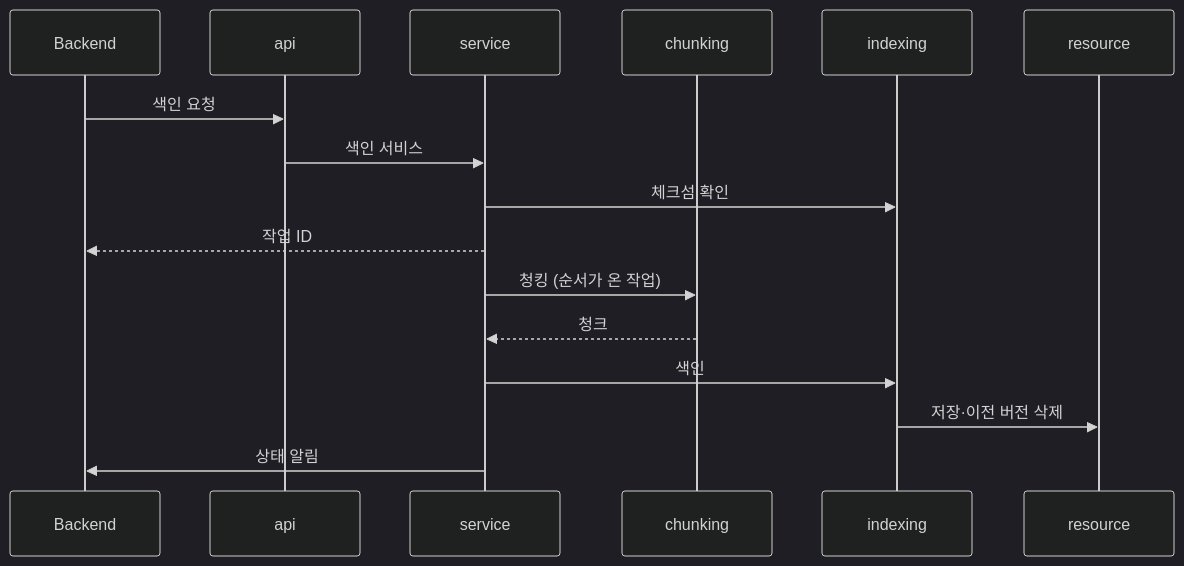
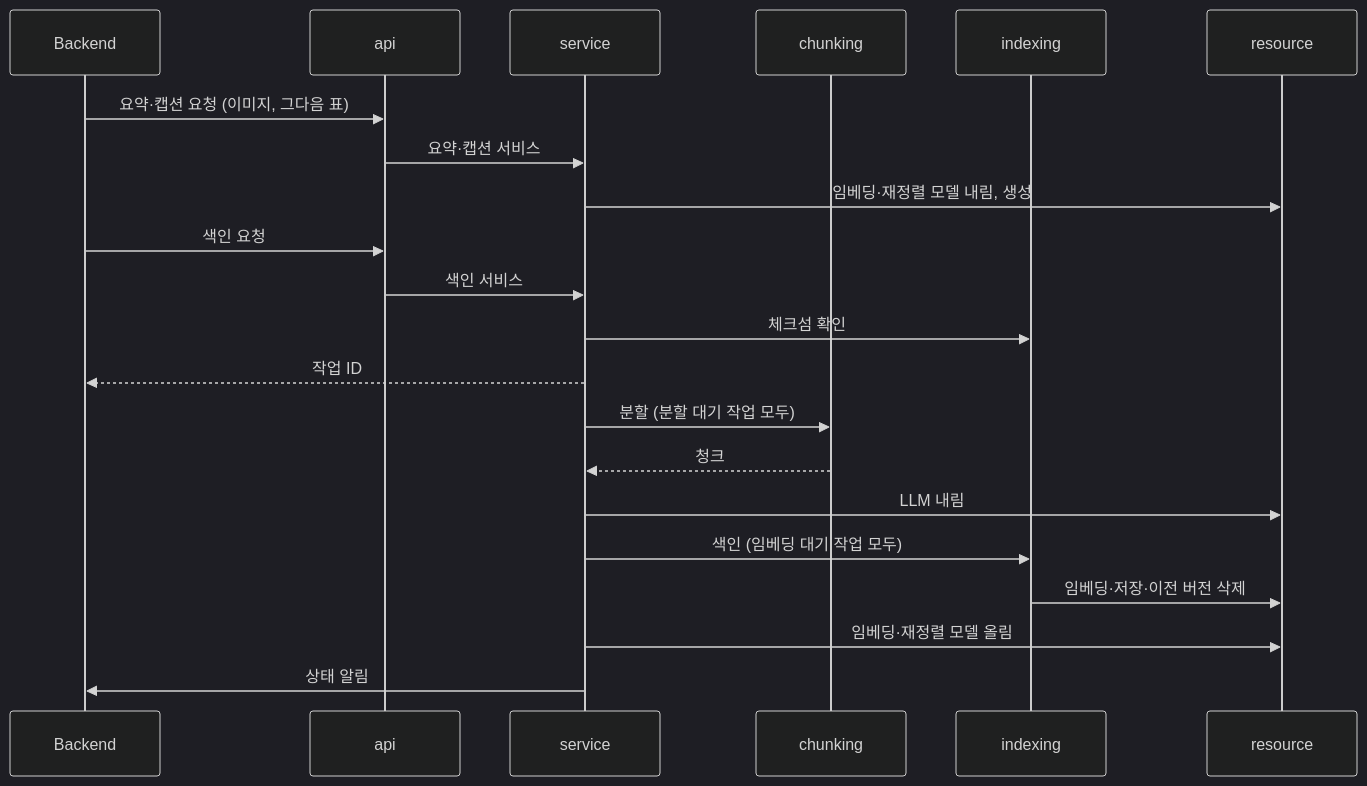
Before and after one commit to victor7-aquila/minerva: the third of 4 diagrams in apps/rag-server/ARCHITECT.md, drawn with Mermaid (dark theme). The commit also changed other lines of this file and 112 other files, not shown here.

````diff
--- a/apps/rag-server/ARCHITECT.md
+++ b/apps/rag-server/ARCHITECT.md
@@ -136,18 +138,23 @@
 ```mermaid
 sequenceDiagram
     participant BE as Backend
     participant API as api
     participant SV as service
     participant C as chunking
     participant I as indexing
     participant R as resource
+    BE->>API: 요약·캡션 요청 (이미지, 그다음 표)
+    API->>SV: 요약·캡션 서비스
+    SV->>R: 임베딩·재정렬 모델 내림, 생성
     BE->>API: 색인 요청
     API->>SV: 색인 서비스
     SV->>I: 체크섬 확인
     SV-->>BE: 작업 ID
-    SV->>C: 청킹 (순서가 온 작업)
+    SV->>C: 분할 (분할 대기 작업 모두)
     C-->>SV: 청크
-    SV->>I: 색인
-    I->>R: 저장·이전 버전 삭제
+    SV->>R: LLM 내림
+    SV->>I: 색인 (임베딩 대기 작업 모두)
+    I->>R: 임베딩·저장·이전 버전 삭제
+    SV->>R: 임베딩·재정렬 모델 올림
     SV->>BE: 상태 알림
 ```
````
